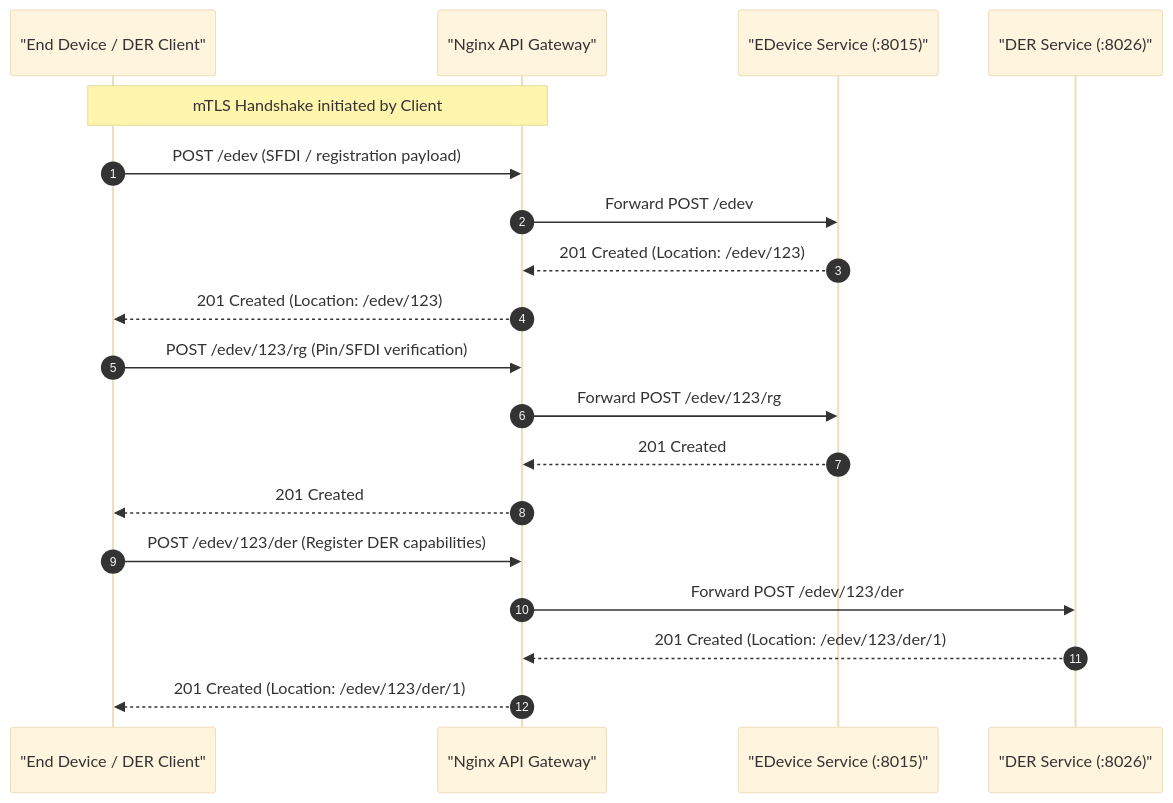
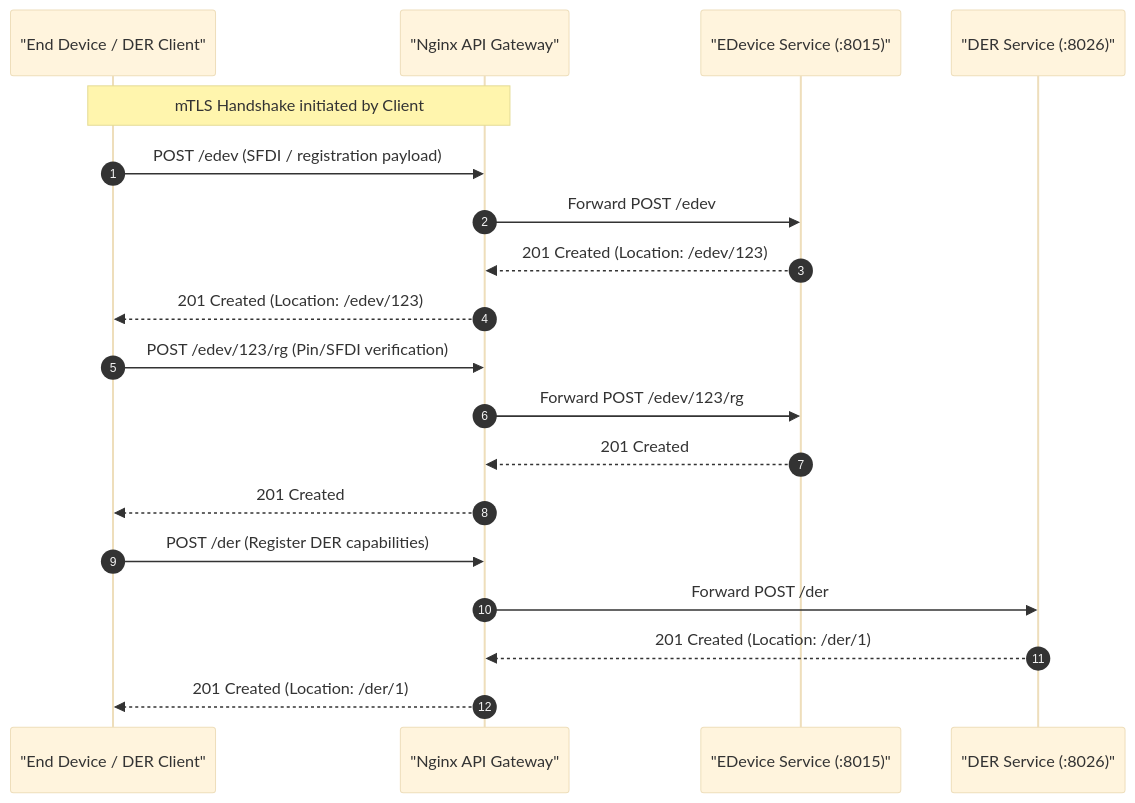
Before and after one commit to Tylores/egot: the first of 5 diagrams in lifecycles/energy_scheduling.md, drawn with Mermaid (base theme). The commit also changed other lines of this file and 18 other files, not shown here.

````diff
--- a/lifecycles/energy_scheduling.md
+++ b/lifecycles/energy_scheduling.md
@@ -11,24 +11,24 @@
 ```mermaid
 sequenceDiagram
     autonumber
     participant Client as "End Device / DER Client"
     participant GW as "Nginx API Gateway"
     participant EDev as "EDevice Service (:8015)"
     participant DER as "DER Service (:8026)"
 
     Note over Client, GW: mTLS Handshake initiated by Client
     Client->>GW: POST /edev (SFDI / registration payload)
     GW->>EDev: Forward POST /edev
     EDev-->>GW: 201 Created (Location: /edev/123)
     GW-->>Client: 201 Created (Location: /edev/123)
 
     Client->>GW: POST /edev/123/rg (Pin/SFDI verification)
     GW->>EDev: Forward POST /edev/123/rg
     EDev-->>GW: 201 Created
     GW-->>Client: 201 Created
 
-    Client->>GW: POST /edev/123/der (Register DER capabilities)
-    GW->>DER: Forward POST /edev/123/der
-    DER-->>GW: 201 Created (Location: /edev/123/der/1)
-    GW-->>Client: 201 Created (Location: /edev/123/der/1)
+    Client->>GW: POST /der (Register DER capabilities)
+    GW->>DER: Forward POST /der
+    DER-->>GW: 201 Created (Location: /der/1)
+    GW-->>Client: 201 Created (Location: /der/1)
 ```
````
